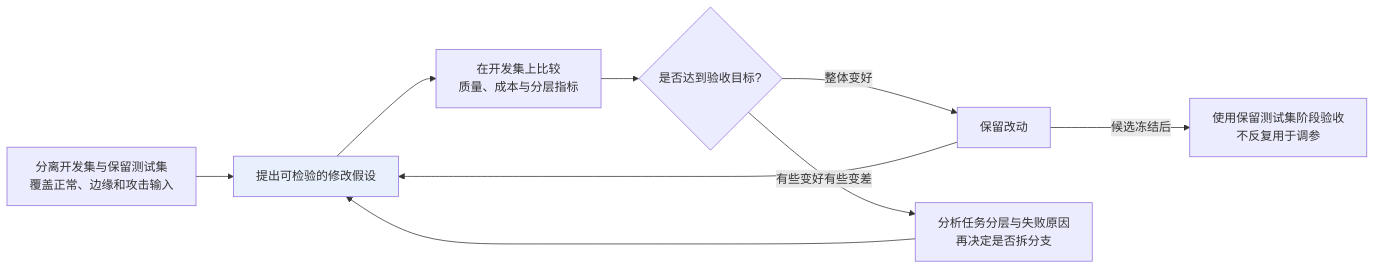
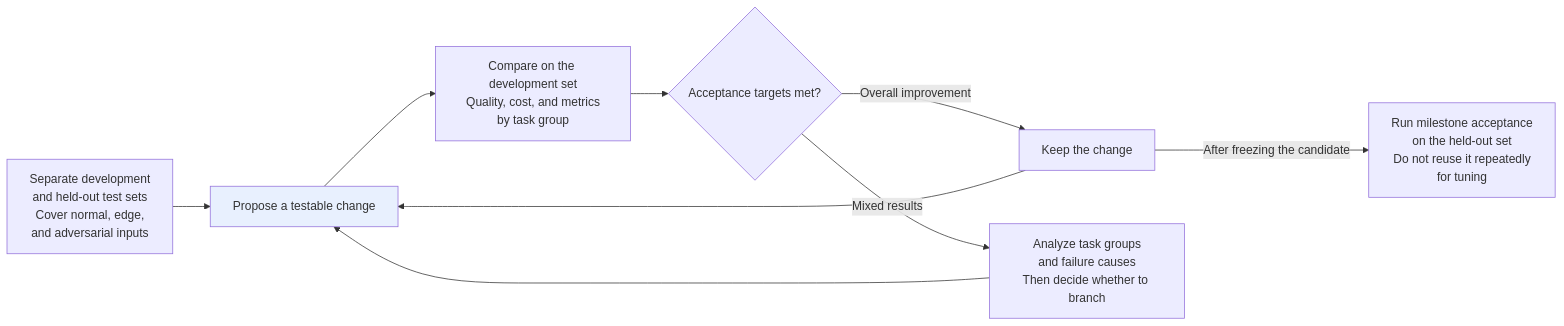
Before and after one commit to oneleaveknowsthefall/awesome-ai-roadmap: the second of 2 diagrams in docs/llm/04-prompt-reliability/16-prompt-engineering.md, drawn with Mermaid. The commit also changed other lines of this file and 92 other files, not shown here.

````diff
--- a/docs/llm/04-prompt-reliability/16-prompt-engineering.md
+++ b/docs/llm/04-prompt-reliability/16-prompt-engineering.md
@@ -222,13 +248,13 @@
 ```mermaid
 flowchart LR
-    A["分离开发集与保留测试集<br/>覆盖正常、边缘和攻击输入"] --> B["提出可检验的修改假设"]
-    B --> C["在开发集上比较<br/>质量、成本与分层指标"]
-    C --> D{"是否达到验收目标?"}
-    D -->|整体变好| E["保留改动"]
-    D -->|有些变好有些变差| F["分析任务分层与失败原因<br/>再决定是否拆分支"]
+    A["Separate development<br/>and held-out test sets<br/>Cover normal, edge,<br/>and adversarial inputs"] --> B["Propose a testable change"]
+    B --> C["Compare on the development set<br/>Quality, cost, and metrics<br/>by task group"]
+    C --> D{"Acceptance targets met?"}
+    D -->|Overall improvement| E["Keep the change"]
+    D -->|Mixed results| F["Analyze task groups<br/>and failure causes<br/>Then decide whether to branch"]
     E --> B
     F --> B
-    E -->|候选冻结后| H["使用保留测试集阶段验收<br/>不反复用于调参"]
+    E -->|After freezing the candidate| H["Run milestone acceptance<br/>on the held-out set<br/>Do not reuse it repeatedly<br/>for tuning"]
 
     style B fill:#e8f0fe
 ```
````
